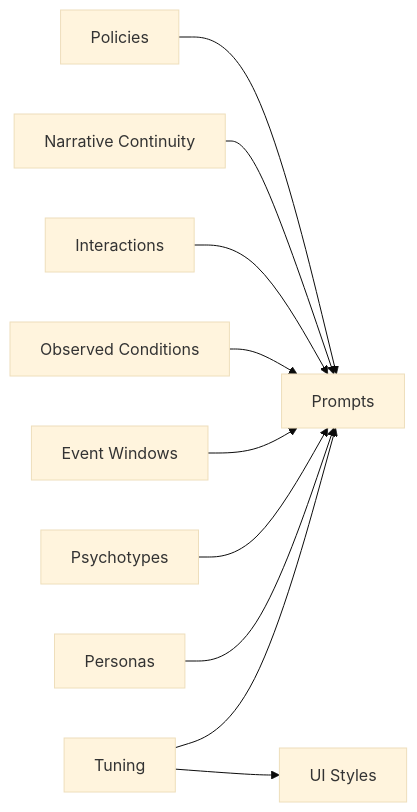
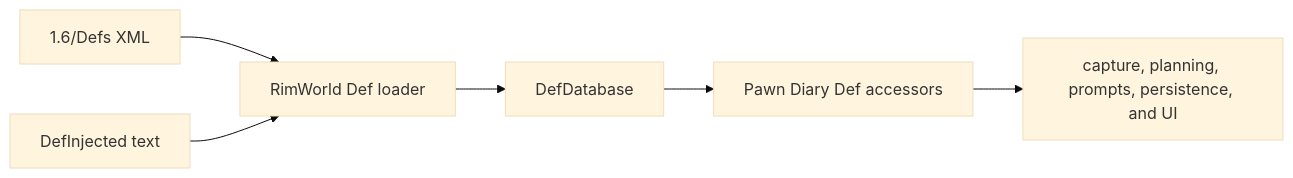
Before and after one commit to aimmlegate/PawnDiary: the diagram in repowiki/en/content/Configuration & Customization/XML Definition System/XML Definition System.md, drawn with Mermaid (base theme). The commit also changed other lines of this file and 39 other files, not shown here.

Commit message:
docs: regenerate XML Def wiki reference

````diff
--- a/repowiki/en/content/Configuration & Customization/XML Definition System/XML Definition System.md
+++ b/repowiki/en/content/Configuration & Customization/XML Definition System/XML Definition System.md
@@ -378,12 +30,8 @@
 ```mermaid
-graph LR
-A["Tuning"] --> B["Prompts"]
-A --> C["UI Styles"]
-D["Personas"] --> B
-E["Psychotypes"] --> B
-F["Event Windows"] --> B
-G["Observed Conditions"] --> B
-H["Interactions"] --> B
-I["Narrative Continuity"] --> B
-J["Policies"] --> B
+flowchart LR
+    XML["1.6/Defs XML"] --> Loader["RimWorld Def loader"]
+    Localized["DefInjected text"] --> Loader
+    Loader --> Database["DefDatabase<T>"]
+    Database --> Accessor["Pawn Diary Def accessors"]
+    Accessor --> Runtime["capture, planning, prompts, persistence, and UI"]
 ```
````
